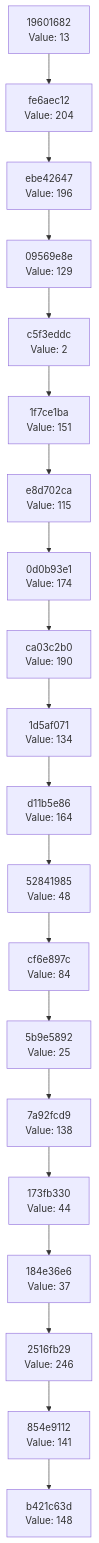
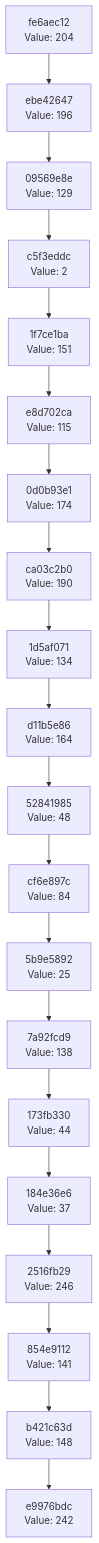
Before and after one commit to Abhisheksinha1506/hash-chain-evolver: the diagram in docs/CHAIN_VISUALIZATION.md, drawn with Mermaid. The commit also changed 2 other files, not shown here.

Commit message:
Evolution Step

````diff
--- a/docs/CHAIN_VISUALIZATION.md
+++ b/docs/CHAIN_VISUALIZATION.md
@@ -3,42 +3,42 @@
 ```mermaid
 graph TD
-    C0["b421c63d<br/>Value: 148"]
-    C1["854e9112<br/>Value: 141"]
+    C0["e9976bdc<br/>Value: 242"]
+    C1["b421c63d<br/>Value: 148"]
     C1 --> C0
-    C2["2516fb29<br/>Value: 246"]
+    C2["854e9112<br/>Value: 141"]
     C2 --> C1
-    C3["184e36e6<br/>Value: 37"]
+    C3["2516fb29<br/>Value: 246"]
     C3 --> C2
-    C4["173fb330<br/>Value: 44"]
+    C4["184e36e6<br/>Value: 37"]
     C4 --> C3
-    C5["7a92fcd9<br/>Value: 138"]
+    C5["173fb330<br/>Value: 44"]
     C5 --> C4
-    C6["5b9e5892<br/>Value: 25"]
+    C6["7a92fcd9<br/>Value: 138"]
     C6 --> C5
-    C7["cf6e897c<br/>Value: 84"]
+    C7["5b9e5892<br/>Value: 25"]
     C7 --> C6
-    C8["52841985<br/>Value: 48"]
+    C8["cf6e897c<br/>Value: 84"]
     C8 --> C7
-    C9["d11b5e86<br/>Value: 164"]
+    C9["52841985<br/>Value: 48"]
     C9 --> C8
-    C10["1d5af071<br/>Value: 134"]
+    C10["d11b5e86<br/>Value: 164"]
     C10 --> C9
-    C11["ca03c2b0<br/>Value: 190"]
+    C11["1d5af071<br/>Value: 134"]
     C11 --> C10
-    C12["0d0b93e1<br/>Value: 174"]
+    C12["ca03c2b0<br/>Value: 190"]
     C12 --> C11
-    C13["e8d702ca<br/>Value: 115"]
+    C13["0d0b93e1<br/>Value: 174"]
     C13 --> C12
-    C14["1f7ce1ba<br/>Value: 151"]
+    C14["e8d702ca<br/>Value: 115"]
     C14 --> C13
-    C15["c5f3eddc<br/>Value: 2"]
+    C15["1f7ce1ba<br/>Value: 151"]
     C15 --> C14
-    C16["09569e8e<br/>Value: 129"]
+    C16["c5f3eddc<br/>Value: 2"]
     C16 --> C15
-    C17["ebe42647<br/>Value: 196"]
+    C17["09569e8e<br/>Value: 129"]
     C17 --> C16
-    C18["fe6aec12<br/>Value: 204"]
+    C18["ebe42647<br/>Value: 196"]
     C18 --> C17
-    C19["19601682<br/>Value: 13"]
+    C19["fe6aec12<br/>Value: 204"]
     C19 --> C18
 ```
````
